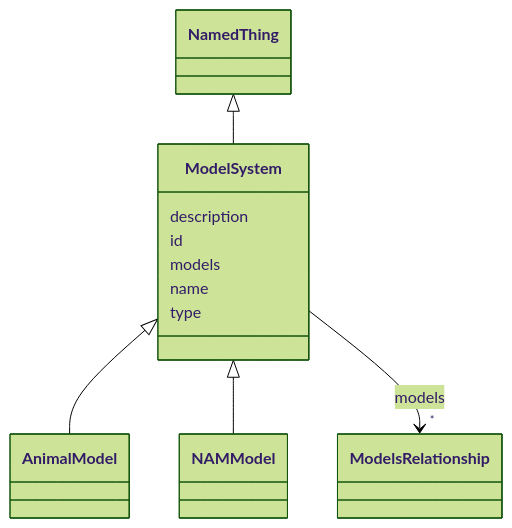
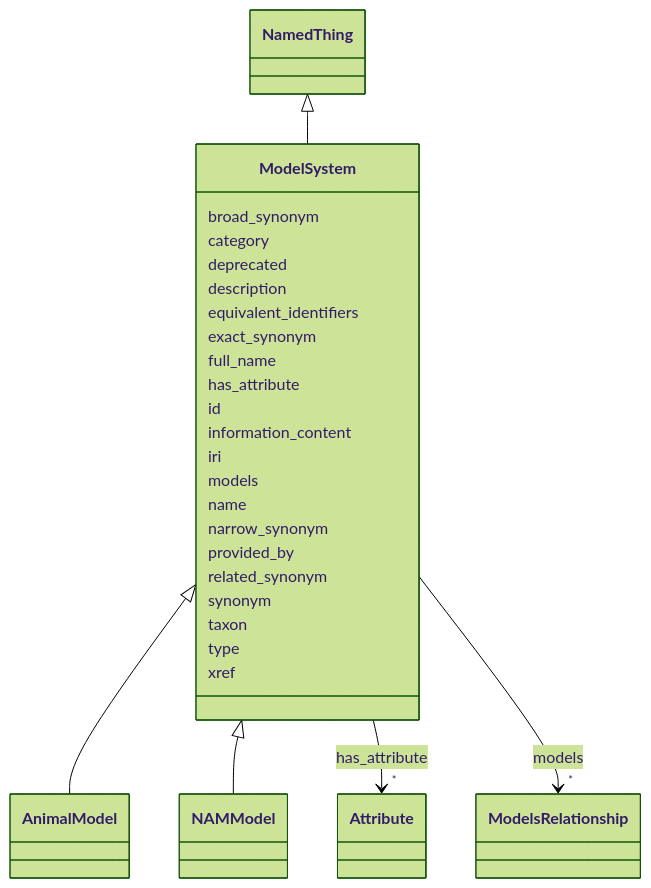
Before and after one commit to monarch-initiative/namo: the diagram in docs/elements/ModelSystem.md, drawn with Mermaid (forest theme). The commit also changed other lines of this file and 1232 other files, not shown here.

````diff
--- a/docs/elements/ModelSystem.md
+++ b/docs/elements/ModelSystem.md
@@ -15,35 +20,74 @@
 ```mermaid
  classDiagram
     class ModelSystem
     click ModelSystem href "../ModelSystem/"
       NamedThing <|-- ModelSystem
         click NamedThing href "../NamedThing/"
       
 
       ModelSystem <|-- AnimalModel
         click AnimalModel href "../AnimalModel/"
       ModelSystem <|-- NAMModel
         click NAMModel href "../NAMModel/"
       
 
+      ModelSystem : broad_synonym
+        
+      ModelSystem : category
+        
+      ModelSystem : deprecated
+        
       ModelSystem : description
         
+      ModelSystem : equivalent_identifiers
+        
+      ModelSystem : exact_synonym
+        
+      ModelSystem : full_name
+        
+      ModelSystem : has_attribute
+        
+          
+    
+        
+        
+        ModelSystem --> "*" Attribute : has_attribute
+        click Attribute href "../Attribute/"
+    
+
+        
       ModelSystem : id
+        
+      ModelSystem : information_content
+        
+      ModelSystem : iri
         
       ModelSystem : models
         
           
     
         
         
         ModelSystem --> "*" ModelsRelationship : models
         click ModelsRelationship href "../ModelsRelationship/"
     
 
         
       ModelSystem : name
         
+      ModelSystem : narrow_synonym
+        
+      ModelSystem : provided_by
+        
+      ModelSystem : related_synonym
+        
+      ModelSystem : synonym
+        
+      ModelSystem : taxon
+        
       ModelSystem : type
+        
+      ModelSystem : xref
         
       
 ```
````
